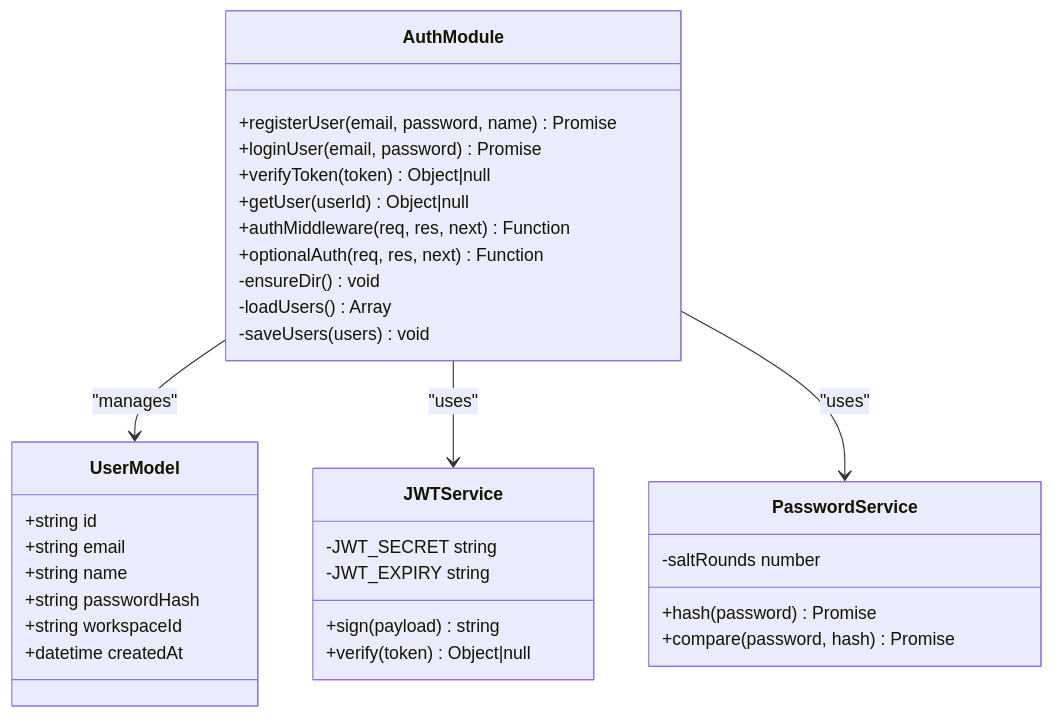
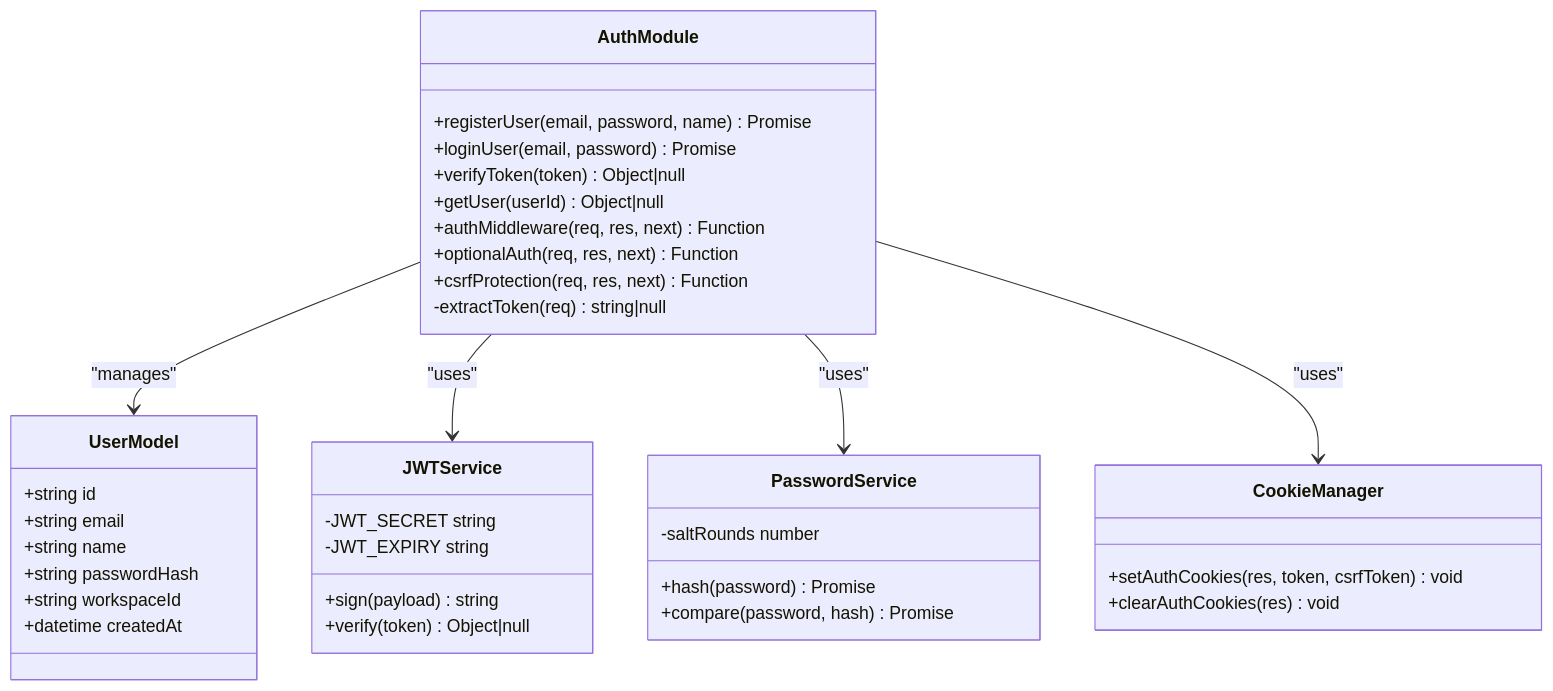
Before and after one commit to RunTimeAdmin/tri-ai: the second of 10 diagrams in .qoder/repowiki/en/content/Frontend Application/Authentication System.md, drawn with Mermaid. The commit also changed other lines of this file and 40 other files, not shown here.

````diff
--- a/.qoder/repowiki/en/content/Frontend Application/Authentication System.md
+++ b/.qoder/repowiki/en/content/Frontend Application/Authentication System.md
@@ -85,36 +97,40 @@
 ```mermaid
 classDiagram
 class AuthModule {
 +registerUser(email, password, name) Promise
 +loginUser(email, password) Promise
 +verifyToken(token) Object|null
 +getUser(userId) Object|null
 +authMiddleware(req, res, next) Function
 +optionalAuth(req, res, next) Function
--ensureDir() void
--loadUsers() Array
--saveUsers(users) void
++csrfProtection(req, res, next) Function
+-extractToken(req) string|null
 }
 class UserModel {
 +string id
 +string email
 +string name
 +string passwordHash
 +string workspaceId
 +datetime createdAt
 }
 class JWTService {
 +sign(payload) string
 +verify(token) Object|null
 -JWT_SECRET string
 -JWT_EXPIRY string
 }
 class PasswordService {
 +hash(password) Promise
 +compare(password, hash) Promise
 -saltRounds number
 }
+class CookieManager {
++setAuthCookies(res, token, csrfToken) void
++clearAuthCookies(res) void
+}
 AuthModule --> UserModel : "manages"
 AuthModule --> JWTService : "uses"
 AuthModule --> PasswordService : "uses"
+AuthModule --> CookieManager : "uses"
 ```
````
